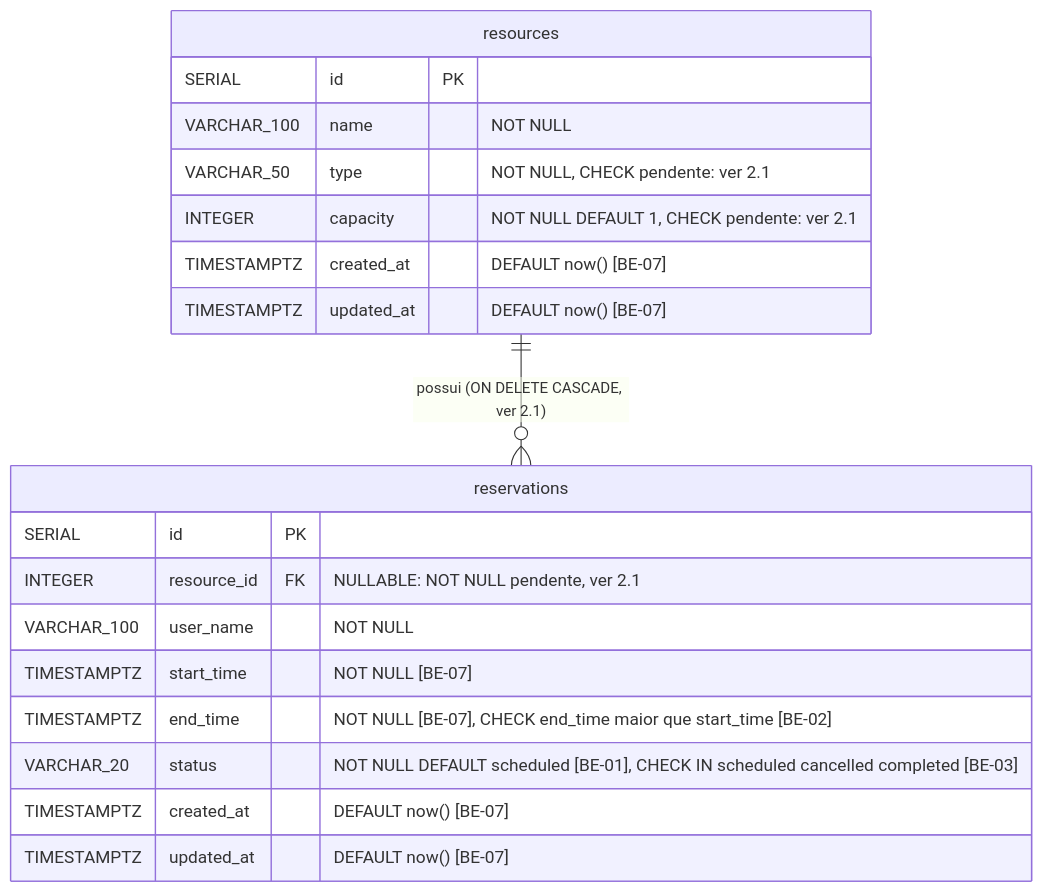
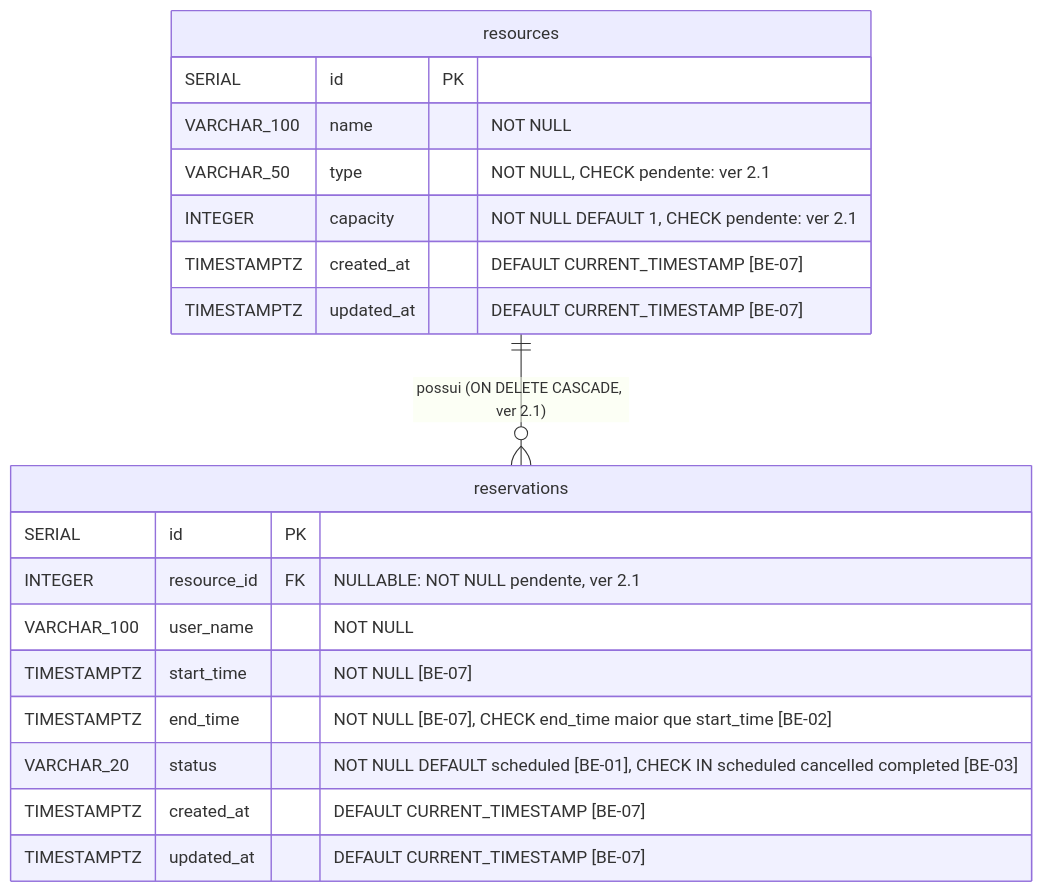
Before and after one commit to igorSeberino/srec: the second of 2 diagrams in docs/arquitetura/der.md, drawn with Mermaid. The commit also changed other lines of this file and 1 other file, not shown here.

````diff
--- a/docs/arquitetura/der.md
+++ b/docs/arquitetura/der.md
@@ -75,24 +61,24 @@
 ```mermaid
 erDiagram
     resources ||--o{ reservations : "possui (ON DELETE CASCADE, ver 2.1)"
 
     resources {
         SERIAL id PK ""
         VARCHAR_100 name "NOT NULL"
         VARCHAR_50 type "NOT NULL, CHECK pendente: ver 2.1"
         INTEGER capacity "NOT NULL DEFAULT 1, CHECK pendente: ver 2.1"
-        TIMESTAMPTZ created_at "DEFAULT now() [BE-07]"
-        TIMESTAMPTZ updated_at "DEFAULT now() [BE-07]"
+        TIMESTAMPTZ created_at "DEFAULT CURRENT_TIMESTAMP [BE-07]"
+        TIMESTAMPTZ updated_at "DEFAULT CURRENT_TIMESTAMP [BE-07]"
     }
 
     reservations {
         SERIAL id PK ""
         INTEGER resource_id FK "NULLABLE: NOT NULL pendente, ver 2.1"
         VARCHAR_100 user_name "NOT NULL"
         TIMESTAMPTZ start_time "NOT NULL [BE-07]"
         TIMESTAMPTZ end_time "NOT NULL [BE-07], CHECK end_time maior que start_time [BE-02]"
         VARCHAR_20 status "NOT NULL DEFAULT scheduled [BE-01], CHECK IN scheduled cancelled completed [BE-03]"
-        TIMESTAMPTZ created_at "DEFAULT now() [BE-07]"
-        TIMESTAMPTZ updated_at "DEFAULT now() [BE-07]"
+        TIMESTAMPTZ created_at "DEFAULT CURRENT_TIMESTAMP [BE-07]"
+        TIMESTAMPTZ updated_at "DEFAULT CURRENT_TIMESTAMP [BE-07]"
     }
 ```
````
